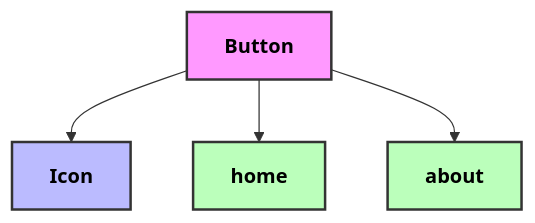
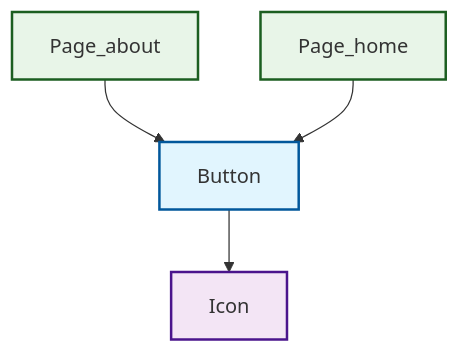
Before and after one commit to LiTaiChung/react-dep-analyzer: the first of 2 diagrams in examples/react-demo/src/components/Button/Button.md, drawn with Mermaid. The commit also changed other lines of this file and 32 other files, not shown here.

````diff
--- a/examples/react-demo/src/components/Button/Button.md
+++ b/examples/react-demo/src/components/Button/Button.md
@@ -7,20 +7,22 @@
 ```mermaid
-flowchart TD
+graph TD
+    page_about[Page_about]
+    page_home[Page_home]
+    Button[Button]
+    Icon[Icon]
+    Button-->Icon
+    page_about-->Button
+    page_home-->Button
+
     %% 樣式定義
-    classDef component fill:#f9f,stroke:#333,stroke-width:2px,color:#000,font-weight:bold
-    classDef element fill:#bbf,stroke:#333,stroke-width:2px,color:#000,font-weight:bold
-    classDef page fill:#bfb,stroke:#333,stroke-width:2px,color:#000,font-weight:bold
-    classDef other fill:#fff,stroke:#333,stroke-width:1px,color:#000
+    classDef component fill:#e1f5fe,stroke:#01579b,stroke-width:2px
+    classDef element fill:#f3e5f5,stroke:#4a148c,stroke-width:2px
+    classDef page fill:#e8f5e8,stroke:#1b5e20,stroke-width:2px
+    classDef other fill:#fff3e0,stroke:#e65100,stroke-width:1px
 
-    Button["Button"]
+    %% 樣式應用
     class Button component
-    Icon["Icon"]
     class Icon element
-    Button --> Icon
-    page_home["home"]
-    Button --> page_home
+    class page_about page
     class page_home page
-    page_about["about"]
-    Button --> page_about
-    class page_about page
 ```
````
